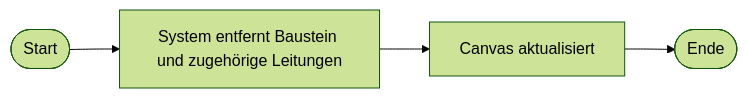
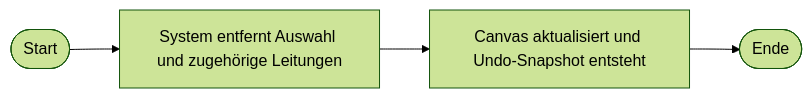
Diagram 25 of 43 in docs/use_cases/software_requirements_specification.md (BitFlow-DHBW/BitFlow), drawn with Mermaid (forest theme) before and after one commit. The commit also changed other lines of this file and 9 other files, not shown here.

````diff
--- a/docs/use_cases/software_requirements_specification.md
+++ b/docs/use_cases/software_requirements_specification.md
@@ -805,6 +861,6 @@
 ```mermaid
 flowchart LR
-	L1([Start]) --> L2["System entfernt Baustein und zugehörige Leitungen"]
-	L2 --> L3["Canvas aktualisiert"]
+	L1([Start]) --> L2["System entfernt Auswahl und zugehörige Leitungen"]
+	L2 --> L3["Canvas aktualisiert und Undo-Snapshot entsteht"]
 	L3 --> L4([Ende])
 ```
````
